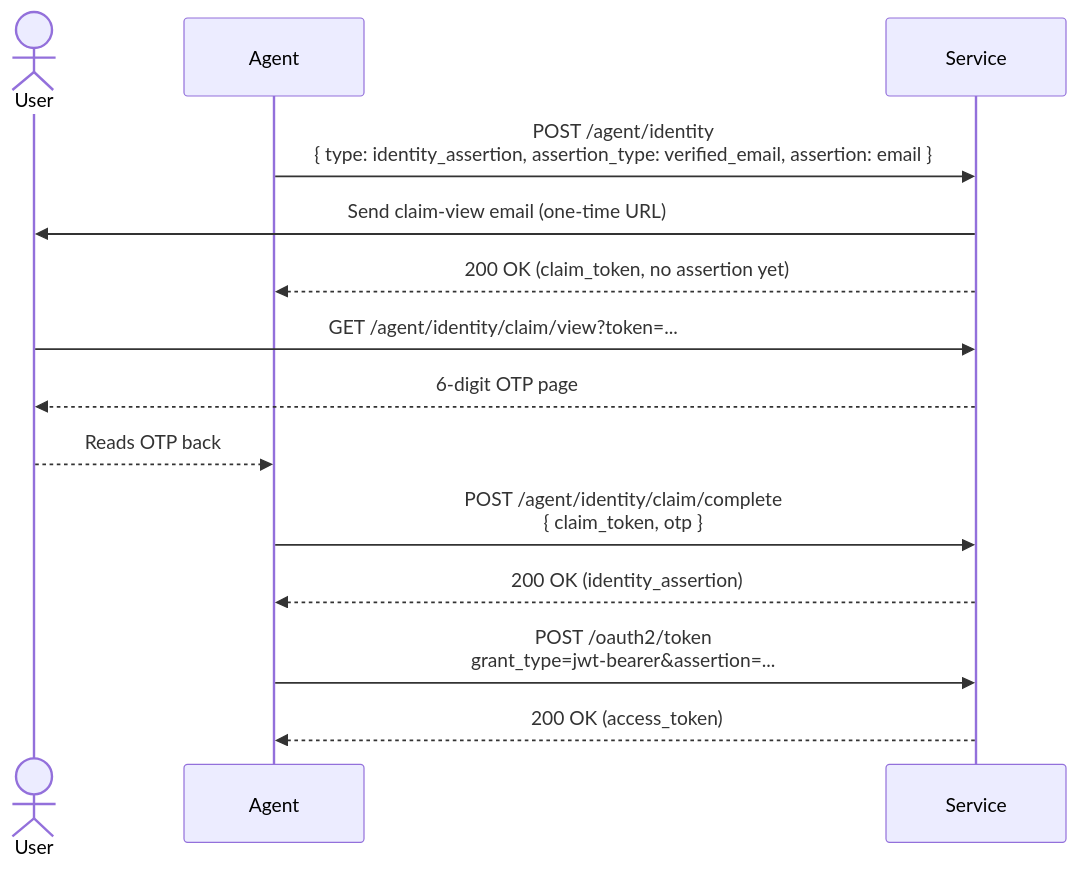
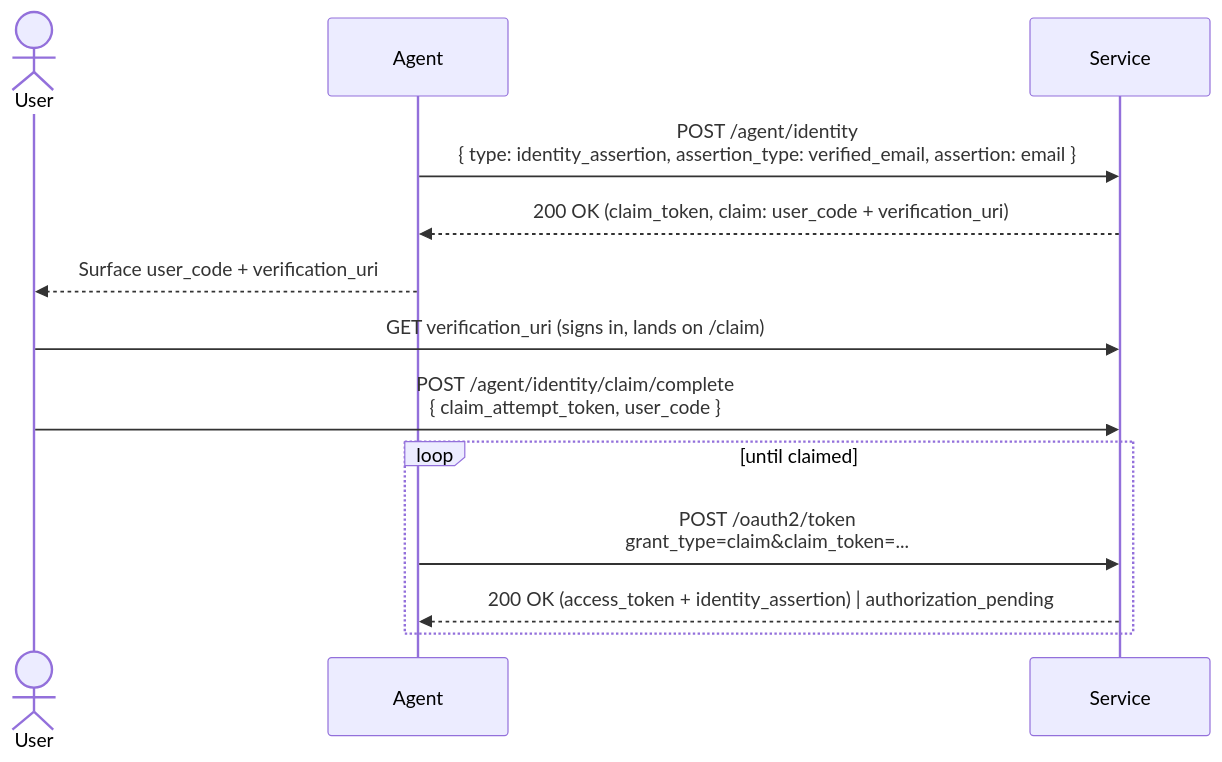
One commit to timothybrush/auth.md changed the second of 3 diagrams in README.md. Above: the diagram before and after it, drawn with Mermaid. The commit also changed other lines of this file and 17 other files, not shown here.

First line of the commit message:
Swap claim flow to RFC 8628-shaped user_code handoff + claim grant

````diff
--- a/README.md
+++ b/README.md
@@ -107,17 +110,17 @@
 ```mermaid
 sequenceDiagram
     actor User
     participant Agent
     participant Service
 
     Agent->>Service: POST /agent/identity<br/>{ type: identity_assertion, assertion_type: verified_email, assertion: email }
-    Service->>User: Send claim-view email (one-time URL)
-    Service-->>Agent: 200 OK (claim_token, no assertion yet)
-    User->>Service: GET /agent/identity/claim/view?token=...
-    Service-->>User: 6-digit OTP page
-    User-->>Agent: Reads OTP back
-    Agent->>Service: POST /agent/identity/claim/complete<br/>{ claim_token, otp }
-    Service-->>Agent: 200 OK (identity_assertion)
-    Agent->>Service: POST /oauth2/token<br/>grant_type=jwt-bearer&assertion=...
-    Service-->>Agent: 200 OK (access_token)
+    Service-->>Agent: 200 OK (claim_token, claim: user_code + verification_uri)
+    Agent-->>User: Surface user_code + verification_uri
+    User->>Service: GET verification_uri (signs in, lands on /claim)
+    User->>Service: POST /agent/identity/claim/complete<br/>{ claim_attempt_token, user_code }
+
+    loop until claimed
+      Agent->>Service: POST /oauth2/token<br/>grant_type=claim&claim_token=...
+      Service-->>Agent: 200 OK (access_token + identity_assertion) | authorization_pending
+    end
 ```
````
